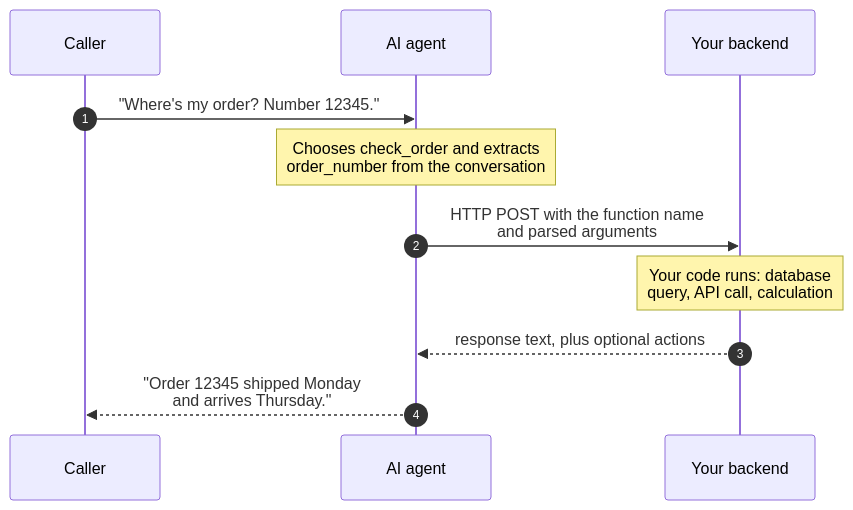
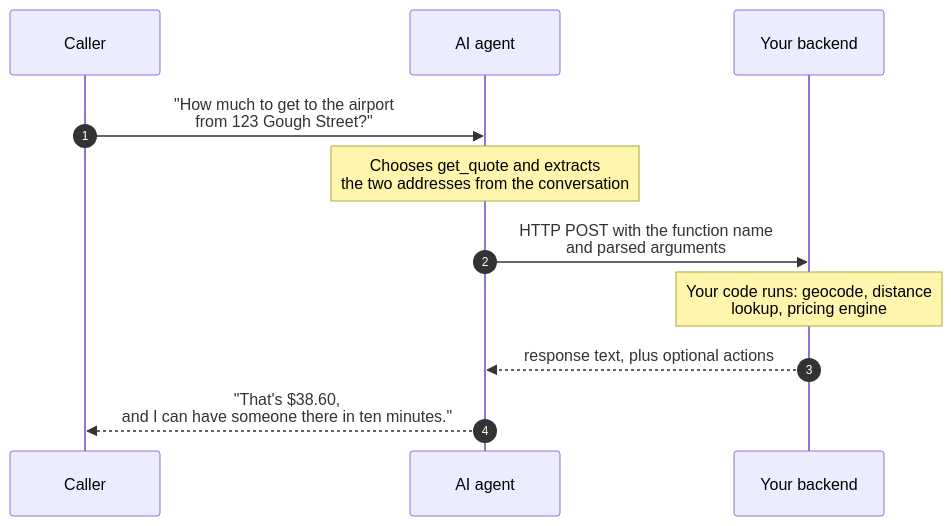
Before and after one commit to signalwire/docs: the diagram in fern/products/platform/pages/ai/guides/tool-calling/index.mdx, drawn with Mermaid. The commit also changed other lines of this file and 8 other files, not shown here.

````diff
--- a/fern/products/platform/pages/ai/guides/tool-calling/index.mdx
+++ b/fern/products/platform/pages/ai/guides/tool-calling/index.mdx
@@ -78,14 +87,14 @@
 ```mermaid
 sequenceDiagram
     autonumber
     participant Caller
     participant Agent as AI agent
     participant Backend as Your backend
 
-    Caller->>Agent: "Where's my order? Number 12345."
-    Note over Agent: Chooses check_order and extracts<br/>order_number from the conversation
+    Caller->>Agent: "How much to get to the airport<br/>from 123 Gough Street?"
+    Note over Agent: Chooses get_quote and extracts<br/>the two addresses from the conversation
     Agent->>Backend: HTTP POST with the function name<br/>and parsed arguments
-    Note over Backend: Your code runs: database<br/>query, API call, calculation
+    Note over Backend: Your code runs: geocode, distance<br/>lookup, pricing engine
     Backend-->>Agent: response text, plus optional actions
-    Agent-->>Caller: "Order 12345 shipped Monday<br/>and arrives Thursday."
+    Agent-->>Caller: "That's $38.60,<br/>and I can have someone there in ten minutes."
 ```
````
